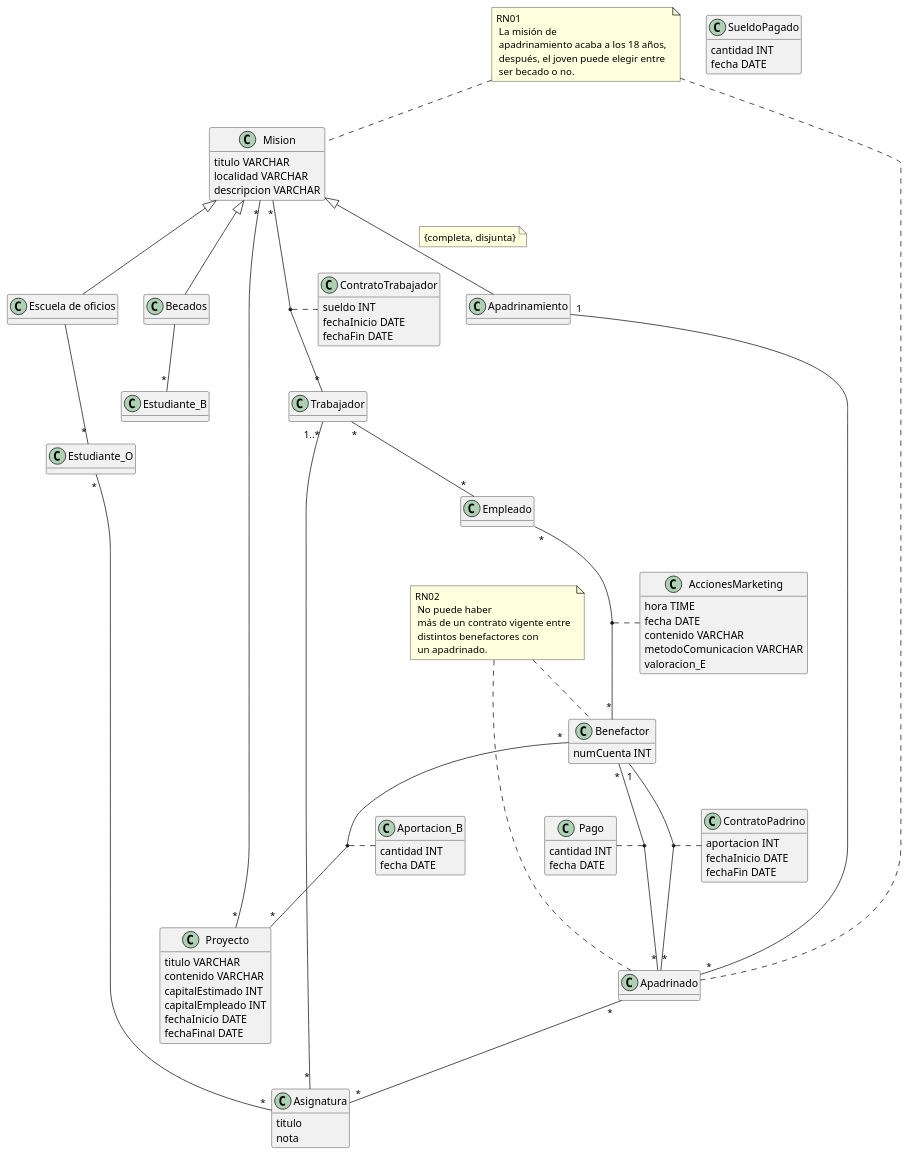
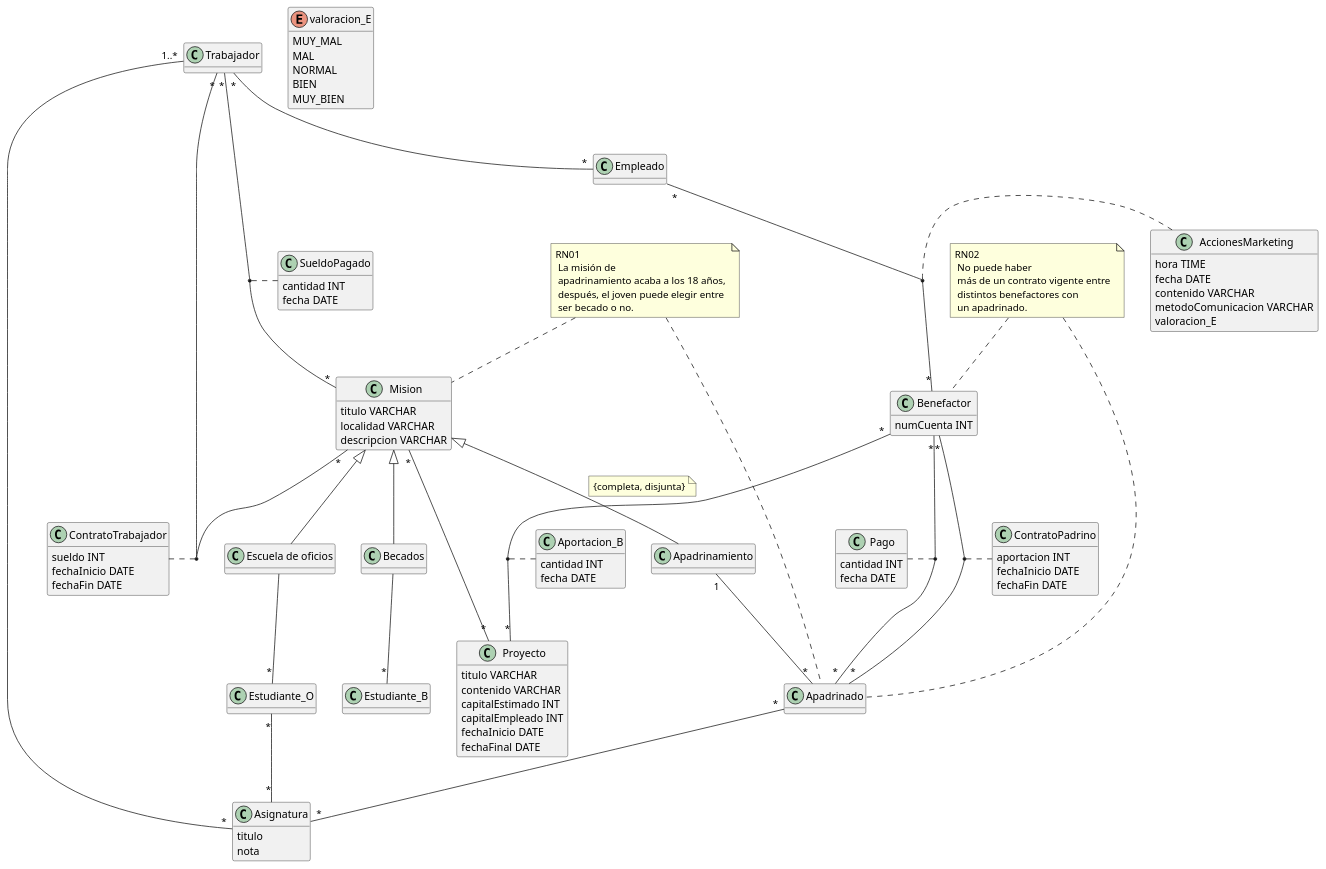
The diagram in modelo.puml (albporfer1-64/Grupo_Proyecto_DB), drawn with PlantUML before and after one commit.

Commit message:
Arreglamos errores (Trabajador y SueldoPagado).

```diff
--- a/modelo.puml
+++ b/modelo.puml
@@ -1,139 +1,149 @@
 @startuml hola
 hide methods
 skinparam classAttributeIconSize 0
 
 class Proyecto{
     titulo VARCHAR
     contenido VARCHAR
     capitalEstimado INT
     capitalEmpleado INT
     fechaInicio DATE
     fechaFinal DATE
 }
 
 class Mision{
     titulo VARCHAR
     localidad VARCHAR
     descripcion VARCHAR
 }
 
 class "Escuela de oficios" as EscuelaDeOficios{
     
 }
 
 class Becados{
 }
 
 
 class Apadrinamiento{
 }
 
 'Lo que viene a continuacion es para la estetica del diagrama:
 EscuelaDeOficios -[hidden]right- Becados
 Becados -[hidden]right- Apadrinamiento
 
 Mision "*"--"*" Proyecto
 Mision "*"--"*" Trabajador
+Mision "*"--"*" Trabajador
 
 'Subclases de Mision:
 Mision <|-- EscuelaDeOficios
 Mision <|-- Becados
 Mision <|-- Apadrinamiento
 
 'Restricción de cobertura:
 note on link : {completa, disjunta}
 
 class Apadrinado{
 }
 
 class Estudiante_O{
 }
 
 class Estudiante_B{
 }
 
 class Aportacion_B{
     cantidad INT
     fecha DATE
 }
 
 class AccionesMarketing {
     hora TIME
     fecha DATE
     contenido VARCHAR
     metodoComunicacion VARCHAR
     valoracion_E
+}
+
+enum valoracion_E{
+    MUY_MAL
+    MAL
+    NORMAL
+    BIEN
+    MUY_BIEN
 }
 
 class Benefactor{ 
     numCuenta INT
 }
 
 class Empleado{
 }
 
 class Trabajador{
 }
 
 class ContratoTrabajador{
     sueldo INT
     fechaInicio DATE
     fechaFin DATE
 }
 
 class Pago{
     cantidad INT
     fecha DATE
 }
 
 class ContratoPadrino{
     aportacion INT
     fechaInicio DATE
     fechaFin DATE
 }
 
 class SueldoPagado{
     cantidad INT
     fecha DATE
 }
 
 class Asignatura{
     titulo
     nota
 }
 
 Estudiante_O "*"--"*" Asignatura
 Trabajador "1..*"--"*" Asignatura
 Apadrinado "*"--"*" Asignatura
 
 Apadrinamiento "1"--"*" Apadrinado
-Benefactor "1"--"*" Apadrinado
+Benefactor "*"--"*" Apadrinado
 Benefactor "*"--"*" Apadrinado
 Benefactor "*"--"*" Proyecto
 
 Trabajador "*"--"*" Empleado
 Empleado "*"--"*"Benefactor
 
 EscuelaDeOficios --"*" Estudiante_O
 Becados --"*" Estudiante_B
 
 (Empleado, Benefactor) .. AccionesMarketing
 (Trabajador, Mision) .. ContratoTrabajador
+(Trabajador, Mision) .. SueldoPagado
 (Benefactor, Proyecto) .. Aportacion_B
 (Benefactor, Apadrinado) .. Pago
 (Benefactor, Apadrinado) .. ContratoPadrino
 
 'Regla de negocio 01:
 note "RN01\n La misión de \n apadrinamiento acaba a los 18 años, \n después, el joven puede elegir entre \n ser becado o no." as RN01
 RN01 .. Mision
 RN01 .. Apadrinado
 
 'Regla de negocio 02:
 note "RN02\n No puede haber \n más de un contrato vigente entre \n distintos benefactores con \n un apadrinado." as RN02
 RN02 .. Benefactor
 RN02 .. Apadrinado
 
 'Lo que viene a continuacion es para la estetica del diagrama:
 Apadrinamiento -[hidden]right- EscuelaDeOficios
 EscuelaDeOficios -[hidden]right- Becados
 @enduml
```
